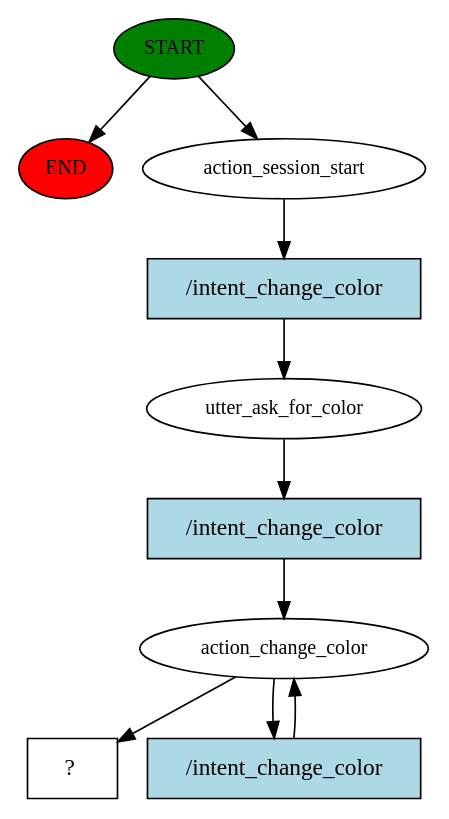
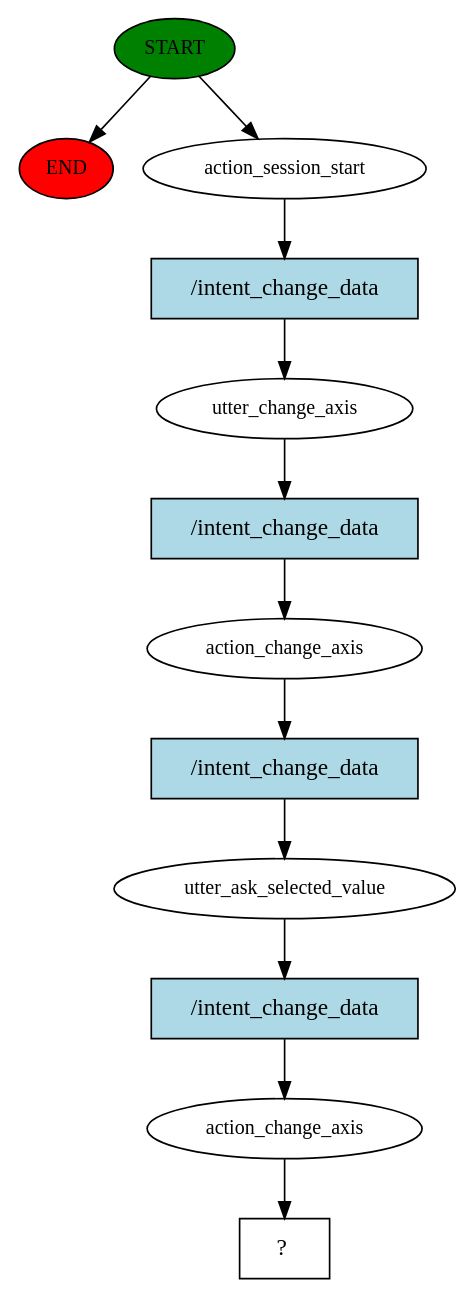
Before and after one commit to TobiasRisom/RasaMED8: the diagram in story_graph.dot, drawn with Graphviz. The commit also changed 375 other files, not shown here.

```diff
--- a/story_graph.dot
+++ b/story_graph.dot
@@ -1,20 +1,25 @@
 digraph  {
 0 [class="start active", fillcolor=green, fontsize=12, label=START, style=filled];
 "-1" [class=end, fillcolor=red, fontsize=12, label=END, style=filled];
 1 [class=active, fontsize=12, label=action_session_start];
-2 [class=active, fontsize=12, label=utter_ask_for_color];
-3 [class=active, fontsize=12, label=action_change_color];
-5 [class="intent dashed active", label="  ?  ", shape=rect];
-6 [class="intent active", fillcolor=lightblue, label="/intent_change_color", shape=rect, style=filled];
-7 [class="intent active", fillcolor=lightblue, label="/intent_change_color", shape=rect, style=filled];
-8 [class="intent active", fillcolor=lightblue, label="/intent_change_color", shape=rect, style=filled];
+2 [class=active, fontsize=12, label=utter_change_axis];
+3 [class=active, fontsize=12, label=action_change_axis];
+4 [class=active, fontsize=12, label=utter_ask_selected_value];
+5 [class=active, fontsize=12, label=action_change_axis];
+6 [class="intent dashed active", label="  ?  ", shape=rect];
+7 [class="intent active", fillcolor=lightblue, label="/intent_change_data", shape=rect, style=filled];
+8 [class="intent active", fillcolor=lightblue, label="/intent_change_data", shape=rect, style=filled];
+9 [class="intent active", fillcolor=lightblue, label="/intent_change_data", shape=rect, style=filled];
+10 [class="intent active", fillcolor=lightblue, label="/intent_change_data", shape=rect, style=filled];
 0 -> "-1"  [class="", key=NONE, label=""];
 0 -> 1  [class=active, key=NONE, label=""];
-1 -> 6  [class=active, key=0];
-2 -> 7  [class=active, key=0];
-3 -> 5  [class=active, key=NONE, label=""];
-3 -> 8  [class=active, key=0];
-6 -> 2  [class=active, key=0];
-7 -> 3  [class=active, key=0];
+1 -> 7  [class=active, key=0];
+2 -> 8  [class=active, key=0];
+3 -> 9  [class=active, key=0];
+4 -> 10  [class=active, key=0];
+5 -> 6  [class=active, key=NONE, label=""];
+7 -> 2  [class=active, key=0];
 8 -> 3  [class=active, key=0];
+9 -> 4  [class=active, key=0];
+10 -> 5  [class=active, key=0];
 }
```
